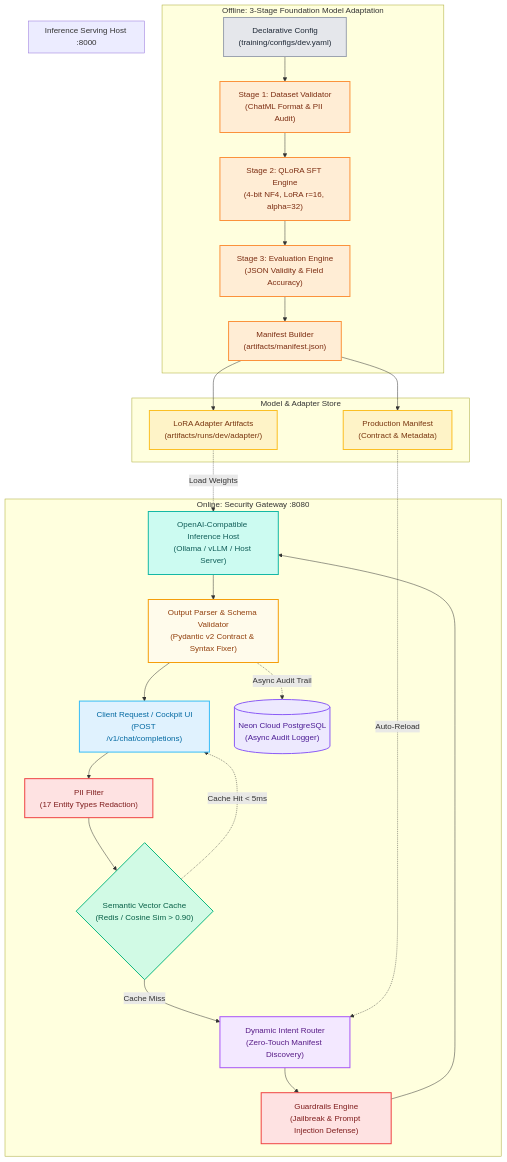
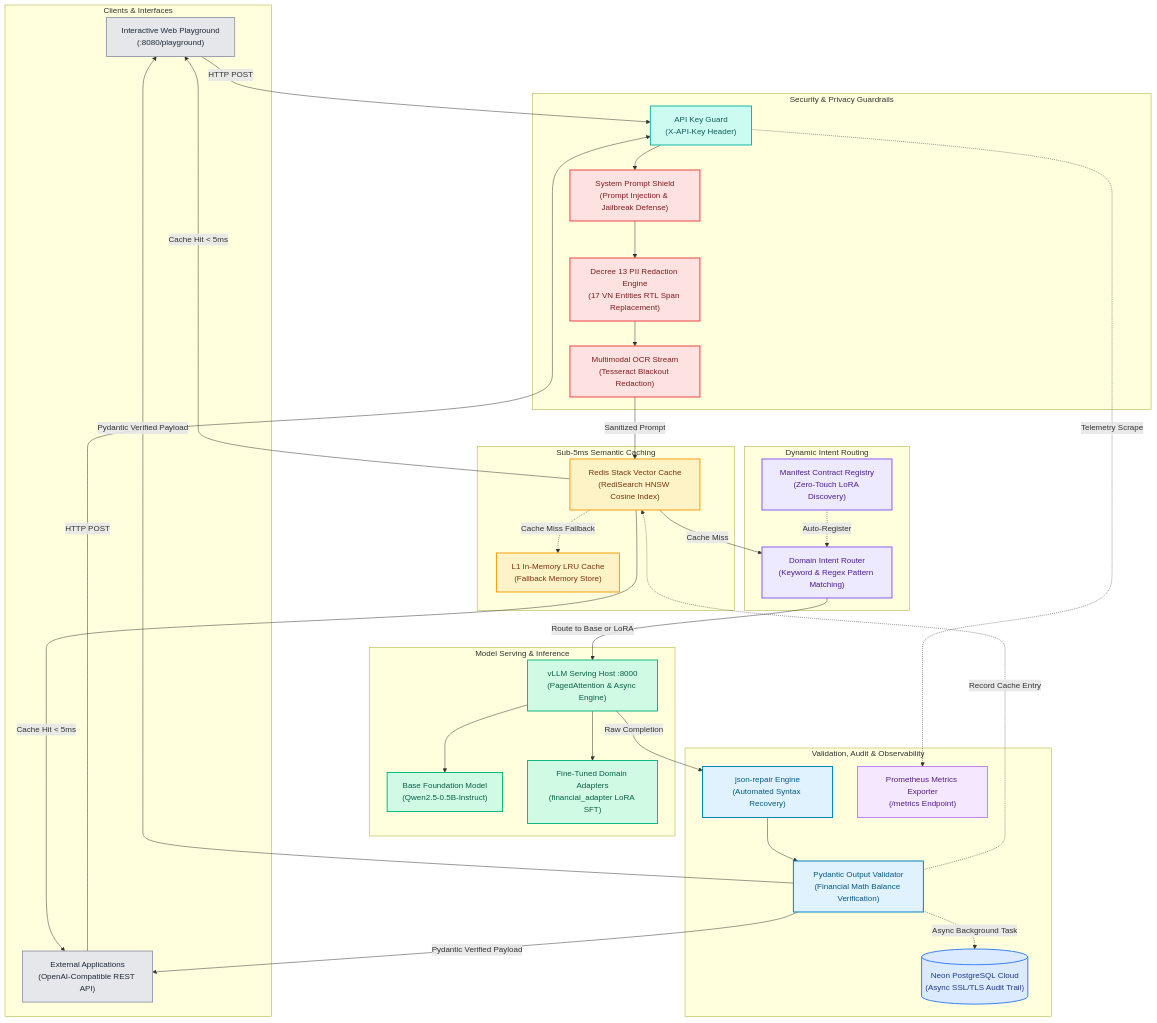
The diagram in README.md (hovngnvm/llm-serving-gateway), drawn with Mermaid before and after one commit. The commit also changed other lines of this file and 2 other files, not shown here.

Commit message:
test: update project requirements gitignore and architecture in readme

````diff
--- a/README.md
+++ b/README.md
@@ -13,61 +13,75 @@
 ```mermaid
 flowchart TD
-    subgraph Offline [Offline: 3-Stage Foundation Model Adaptation]
-        yaml_config["Declarative Config<br/>(training/configs/dev.yaml)"]:::config
-        dataset_val["Stage 1: Dataset Validator<br/>(ChatML Format & PII Audit)"]:::offline
-        qlora_sft["Stage 2: QLoRA SFT Engine<br/>(4-bit NF4, LoRA r=16, alpha=32)"]:::offline
-        eval_engine["Stage 3: Evaluation Engine<br/>(JSON Validity & Field Accuracy)"]:::offline
-        manifest_gen["Manifest Builder<br/>(artifacts/manifest.json)"]:::offline
-        
-        yaml_config --> dataset_val
-        dataset_val --> qlora_sft
-        qlora_sft --> eval_engine
-        eval_engine --> manifest_gen
+    subgraph Clients [Clients & Interfaces]
+        web_ui["Interactive Web Playground<br/>(:8080/playground)"]:::client
+        ext_app["External Applications<br/>(OpenAI-Compatible REST API)"]:::client
     end
 
-    subgraph ArtifactStore [Model & Adapter Store]
-        lora_adapter["LoRA Adapter Artifacts<br/>(artifacts/runs/dev/adapter/)"]:::artifact
-        manifest_json["Production Manifest<br/>(Contract & Metadata)"]:::artifact
-        manifest_gen --> lora_adapter
-        manifest_gen --> manifest_json
+    subgraph SecurityLayer [Security & Privacy Guardrails]
+        auth_guard["API Key Guard<br/>(X-API-Key Header)"]:::gateway
+        prompt_shield["System Prompt Shield<br/>(Prompt Injection & Jailbreak Defense)"]:::security
+        pii_engine["Decree 13 PII Redaction Engine<br/>(17 VN Entities RTL Span Replacement)"]:::security
+        ocr_engine["Multimodal OCR Stream<br/>(Tesseract Blackout Redaction)"]:::security
     end
 
-    subgraph Gateway [Online: Security Gateway :8080]
-        client_req["Client Request / Cockpit UI<br/>(POST /v1/chat/completions)"]:::client
-        presidio["PII Filter<br/>(17 Entity Types Redaction)"]:::security
-        semantic_cache{"Semantic Vector Cache<br/>(Redis / Cosine Sim > 0.90)"}:::cache
-        intent_router["Dynamic Intent Router<br/>(Zero-Touch Manifest Discovery)"]:::router
-        guardrails["Guardrails Engine<br/>(Jailbreak & Prompt Injection Defense)"]:::security
-        output_val["Output Parser & Schema Validator<br/>(Pydantic v2 Contract & Syntax Fixer)"]:::repair
-        neon_audit[("Neon Cloud PostgreSQL<br/>(Async Audit Logger)")]:::db
-
-        client_req --> presidio
-        presidio --> semantic_cache
-        semantic_cache -->|Cache Miss| intent_router
-        intent_router --> guardrails
-        guardrails --> llm_host
-        llm_host --> output_val
-        output_val --> client_req
-        output_val -.->|Async Audit Trail| neon_audit
-        semantic_cache -.->|Cache Hit < 5ms| client_req
+    subgraph CacheLayer [Sub-5ms Semantic Caching]
+        redis_hnsw["Redis Stack Vector Cache<br/>(RediSearch HNSW Cosine Index)"]:::cache
+        l1_cache["L1 In-Memory LRU Cache<br/>(Fallback Memory Store)"]:::cache
     end
 
-    subgraph Serving [Inference Serving Host :8000]
-        llm_host["OpenAI-Compatible Inference Host<br/>(Ollama / vLLM / Host Server)"]:::serving
+    subgraph RoutingLayer [Dynamic Intent Routing]
+        intent_router["Domain Intent Router<br/>(Keyword & Regex Pattern Matching)"]:::router
+        manifest_reg["Manifest Contract Registry<br/>(Zero-Touch LoRA Discovery)"]:::router
     end
 
-    manifest_json -.->|Auto-Reload| intent_router
-    lora_adapter -.->|Load Weights| llm_host
+    subgraph InferenceLayer [Model Serving & Inference]
+        vllm_host["vLLM Serving Host :8000<br/>(PagedAttention & Async Engine)"]:::serving
+        qwen_base["Base Foundation Model<br/>(Qwen2.5-0.5B-Instruct)"]:::serving
+        lora_adapter["Fine-Tuned Domain Adapters<br/>(financial_adapter LoRA SFT)"]:::serving
+    end
+
+    subgraph ValidationAudit [Validation, Audit & Observability]
+        validator["Pydantic Output Validator<br/>(Financial Math Balance Verification)"]:::validator
+        json_repair["json-repair Engine<br/>(Automated Syntax Recovery)"]:::validator
+        neon_db[("Neon PostgreSQL Cloud<br/>(Async SSL/TLS Audit Trail)")]:::storage
+        prom_metrics["Prometheus Metrics Exporter<br/>(/metrics Endpoint)"]:::telemetry
+    end
+
+    %% Flow lines
+    web_ui -->|HTTP POST| auth_guard
+    ext_app -->|HTTP POST| auth_guard
+    auth_guard --> prompt_shield
+    prompt_shield --> pii_engine
+    pii_engine --> ocr_engine
+
+    ocr_engine -->|Sanitized Prompt| redis_hnsw
+    redis_hnsw -.->|Cache Miss Fallback| l1_cache
+    redis_hnsw -->|Cache Hit < 5ms| web_ui
+    redis_hnsw -->|Cache Hit < 5ms| ext_app
+
+    redis_hnsw -->|Cache Miss| intent_router
+    manifest_reg -.->|Auto-Register| intent_router
+    intent_router -->|Route to Base or LoRA| vllm_host
+    vllm_host --> qwen_base
+    vllm_host --> lora_adapter
+
+    vllm_host -->|Raw Completion| json_repair
+    json_repair --> validator
+    validator -->|Pydantic Verified Payload| web_ui
+    validator -->|Pydantic Verified Payload| ext_app
+
+    validator -.->|Async Background Task| neon_db
+    validator -.->|Record Cache Entry| redis_hnsw
+    auth_guard -.->|Telemetry Scrape| prom_metrics
 
     %% Style Classes
-    classDef config fill:#E5E7EB,stroke:#9CA3AF,color:#1F2937,stroke-width:2px;
-    classDef offline fill:#FFEDD5,stroke:#FB923C,color:#7C2D12,stroke-width:2px;
-    classDef artifact fill:#FEF3C7,stroke:#FBBF24,color:#78350F,stroke-width:2px;
-    classDef client fill:#E0F2FE,stroke:#38BDF8,color:#0369A1,stroke-width:2px;
+    classDef client fill:#E5E7EB,stroke:#9CA3AF,color:#1F2937,stroke-width:2px;
+    classDef gateway fill:#CCFBF1,stroke:#14B8A6,color:#115E59,stroke-width:2px;
     classDef security fill:#FEE2E2,stroke:#EF4444,color:#7F1D1D,stroke-width:2px;
-    classDef cache fill:#D1FAE5,stroke:#10B981,color:#065F46,stroke-width:2px;
-    classDef router fill:#F3E8FF,stroke:#A855F7,color:#581C87,stroke-width:2px;
-    classDef repair fill:#FFFBEB,stroke:#F59E0B,color:#92400E,stroke-width:2px;
-    classDef serving fill:#CCFBF1,stroke:#14B8A6,color:#115E59,stroke-width:2px;
-    classDef db fill:#EDE9FE,stroke:#8B5CF6,color:#4C1D95,stroke-width:2px;
+    classDef cache fill:#FEF3C7,stroke:#F59E0B,color:#78350F,stroke-width:2px;
+    classDef router fill:#EDE9FE,stroke:#8B5CF6,color:#4C1D95,stroke-width:2px;
+    classDef serving fill:#D1FAE5,stroke:#10B981,color:#065F46,stroke-width:2px;
+    classDef validator fill:#E0F2FE,stroke:#0284C7,color:#075985,stroke-width:2px;
+    classDef storage fill:#DBEAFE,stroke:#3B82F6,color:#1E3A8A,stroke-width:2px;
+    classDef telemetry fill:#F3E8FF,stroke:#C084FC,color:#581C87,stroke-width:2px;
 ```
````
